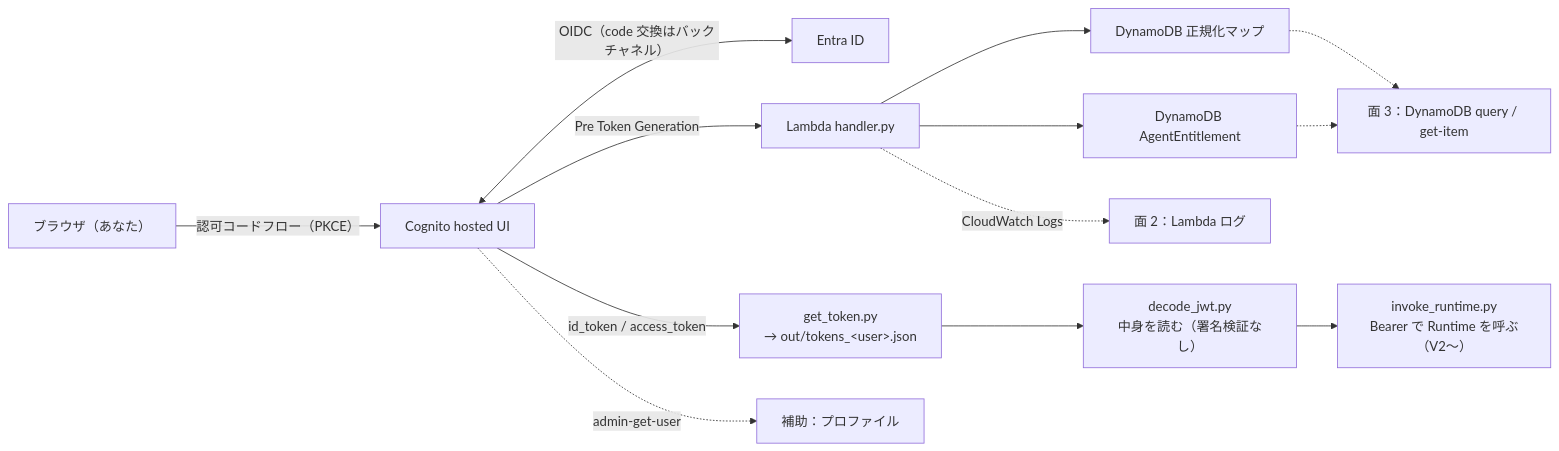
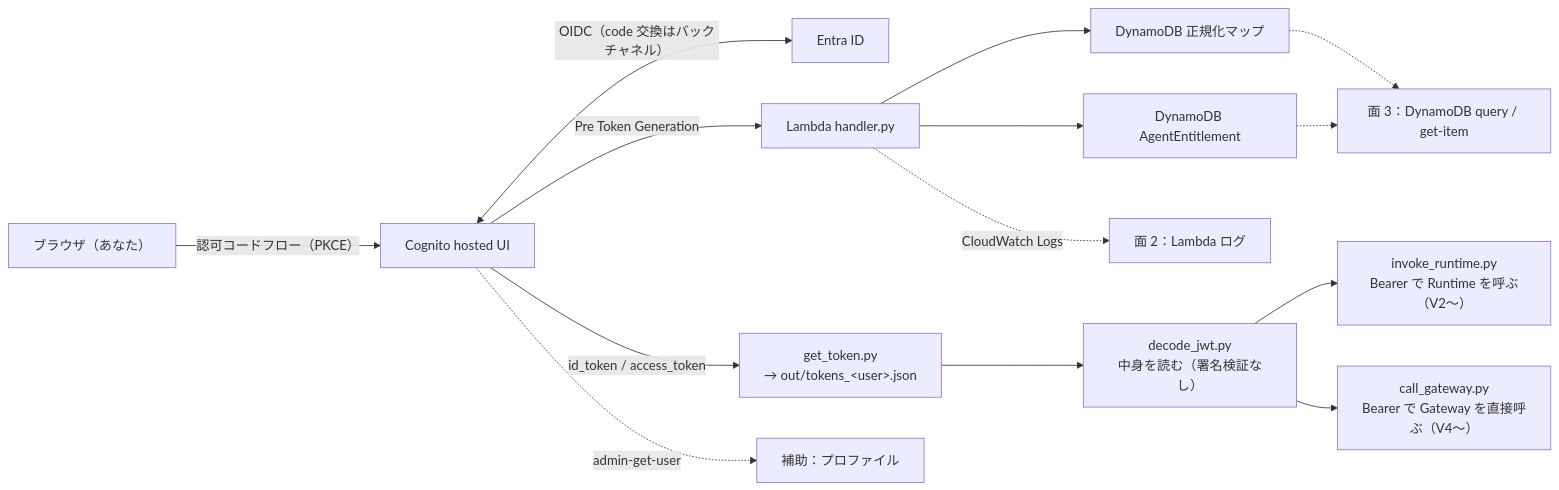
The diagram in CDK/agentcore-authchain/docs/ツール使い方_観測手順_v1_0.md (yuki-m1216/Training), drawn with Mermaid before and after one commit. The commit also changed other lines of this file and 10 other files, not shown here.

````diff
--- a/CDK/agentcore-authchain/docs/ツール使い方_観測手順_v1_0.md
+++ b/CDK/agentcore-authchain/docs/ツール使い方_観測手順_v1_0.md
@@ -10,15 +10,16 @@
 ```mermaid
 flowchart LR
     U["ブラウザ（あなた）"] -->|"認可コードフロー（PKCE）"| C["Cognito hosted UI"]
     C <-->|"OIDC（code 交換はバックチャネル）"| E["Entra ID"]
     C -->|"Pre Token Generation"| L["Lambda handler.py"]
     L --> D1["DynamoDB 正規化マップ"]
     L --> D2["DynamoDB AgentEntitlement"]
     C -->|"id_token / access_token"| G["get_token.py<br/>→ out/tokens_&lt;user&gt;.json"]
     G --> J["decode_jwt.py<br/>中身を読む（署名検証なし）"]
     J --> R["invoke_runtime.py<br/>Bearer で Runtime を呼ぶ（V2〜）"]
+    J --> GW["call_gateway.py<br/>Bearer で Gateway を直接呼ぶ（V4〜）"]
     L -.->|"CloudWatch Logs"| OBS1["面 2：Lambda ログ"]
     D1 -.-> OBS3["面 3：DynamoDB query / get-item"]
     D2 -.-> OBS3
     C -.->|"admin-get-user"| OBS4["補助：プロファイル"]
 ```
````
